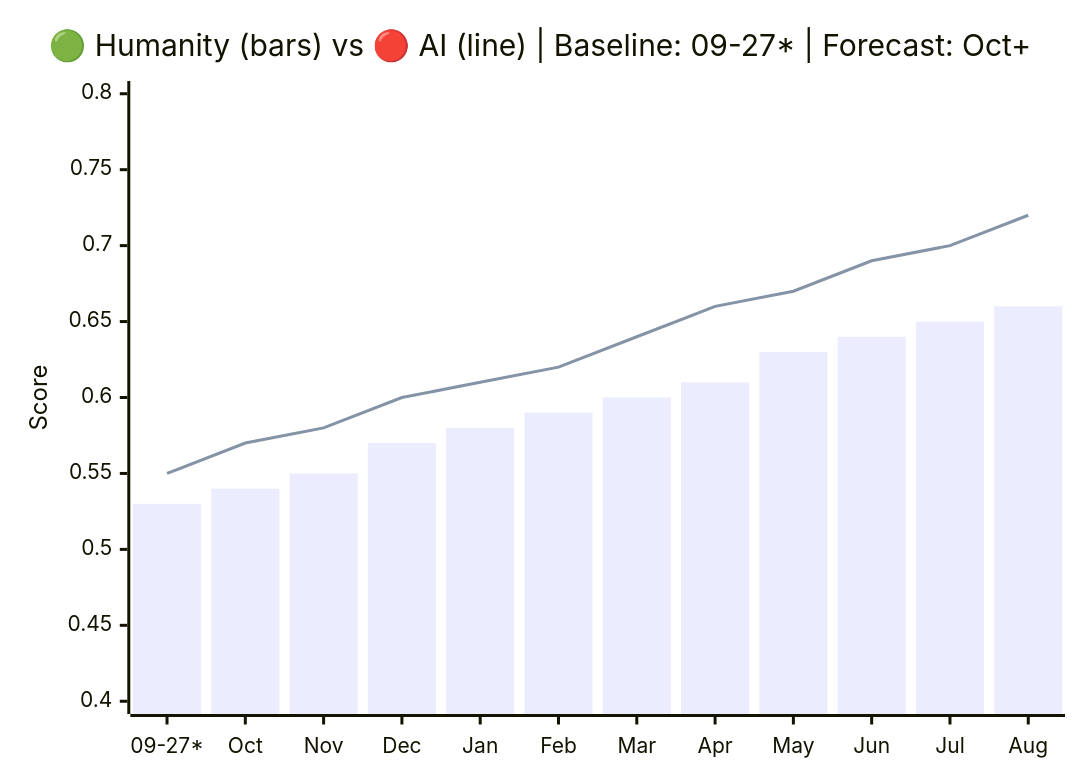
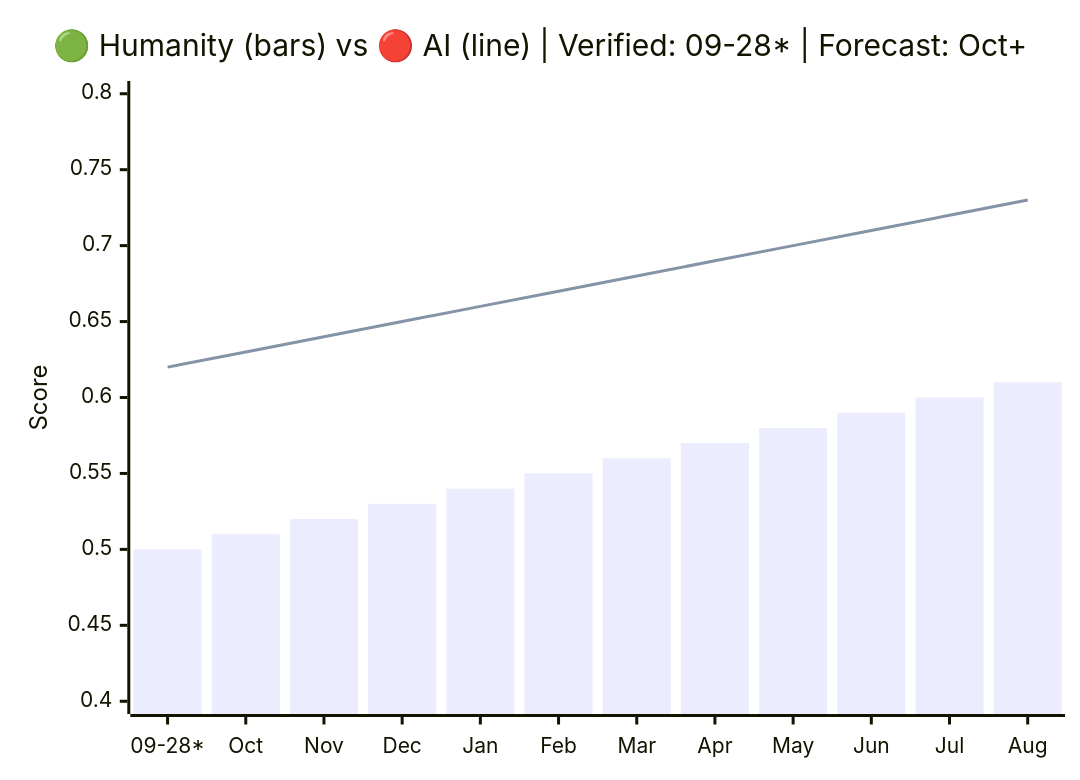
The first of 2 diagrams in README.md (VQQLK/Human-AI-Monitor), drawn with Mermaid before and after one commit. The commit also changed other lines of this file and 2 other files, not shown here.

First line of the commit message:
docs(readme): update baseline to 2026-09-28 (Bayesian protocol)

````diff
--- a/README.md
+++ b/README.md
@@ -32,8 +33,8 @@
 ```mermaid
 xychart-beta
-    title "🟢 Humanity (bars) vs 🔴 AI (line) | Baseline: 09-27* | Forecast: Oct+"
-    x-axis ["09-27*", "Oct", "Nov", "Dec", "Jan", "Feb", "Mar", "Apr", "May", "Jun", "Jul", "Aug"]
+    title "🟢 Humanity (bars) vs 🔴 AI (line) | Verified: 09-28* | Forecast: Oct+"
+    x-axis ["09-28*", "Oct", "Nov", "Dec", "Jan", "Feb", "Mar", "Apr", "May", "Jun", "Jul", "Aug"]
     y-axis "Score" 0.40 --> 0.80
-    bar [0.53, 0.54, 0.55, 0.57, 0.58, 0.59, 0.6, 0.61, 0.63, 0.64, 0.65, 0.66]
-    line [0.55, 0.57, 0.58, 0.6, 0.61, 0.62, 0.64, 0.66, 0.67, 0.69, 0.7, 0.72]
+    bar [0.50, 0.51, 0.52, 0.53, 0.54, 0.55, 0.56, 0.57, 0.58, 0.59, 0.60, 0.61]
+    line [0.62, 0.63, 0.64, 0.65, 0.66, 0.67, 0.68, 0.69, 0.70, 0.71, 0.72, 0.73]
 ```
````
